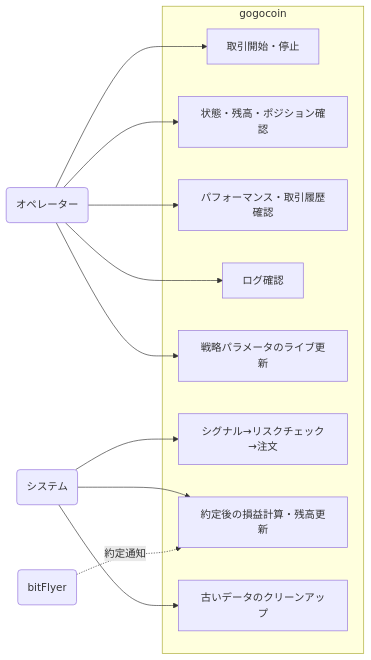
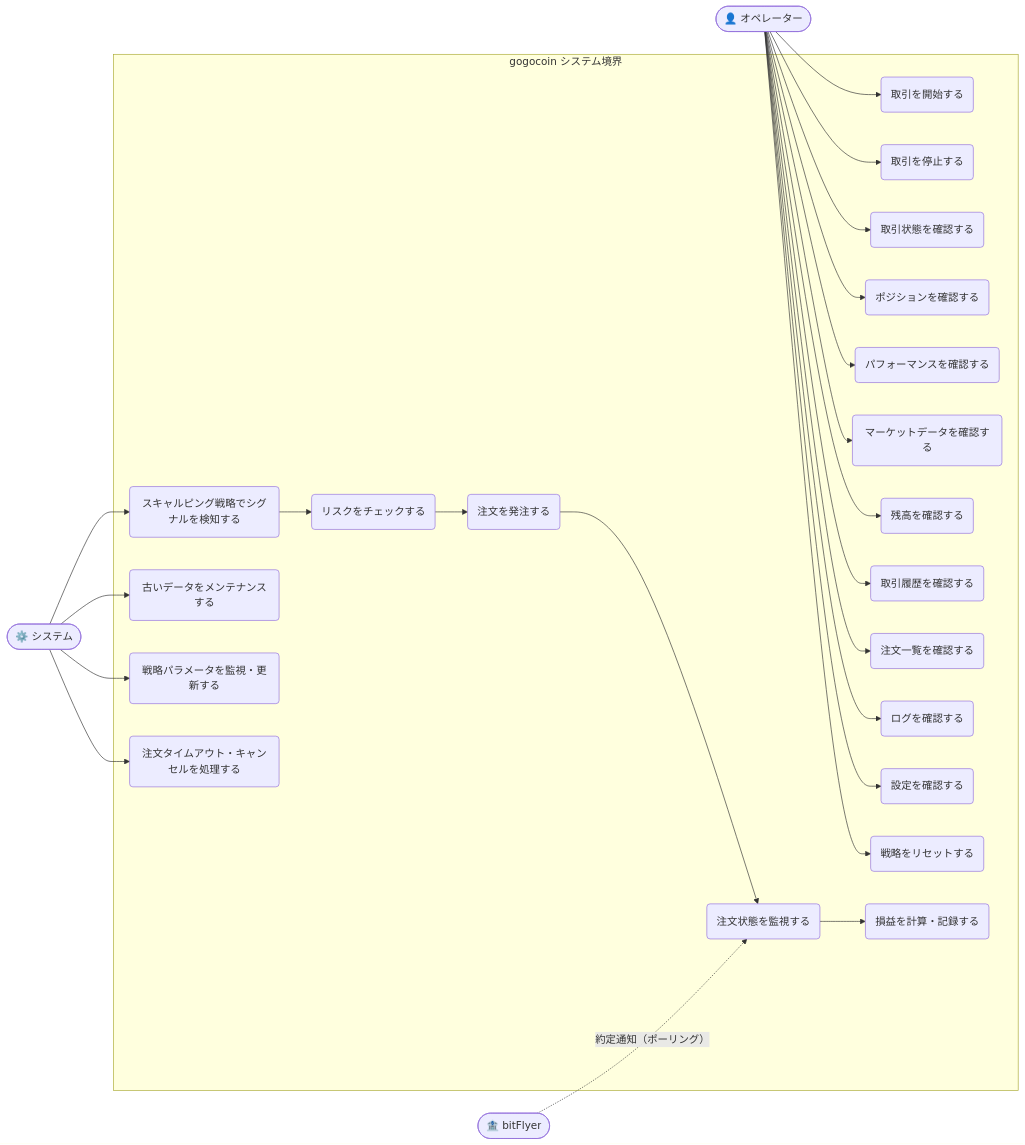
One commit to bmf-san/bmf-tech changed the fifth of 12 diagrams in content/ja/posts/introducing-gogocoin.md. Above: the diagram before and after it, drawn with Mermaid. The commit also changed other lines of this file and 1 other file, not shown here.

Commit message:
feat: C4図・完全ユースケース図・全シーケンス図・完全ER図を追加 (en+ja)

````diff
--- a/content/ja/posts/introducing-gogocoin.md
+++ b/content/ja/posts/introducing-gogocoin.md
@@ -107,27 +194,51 @@
 ```mermaid
 graph LR
-    OP(オペレーター)
-    SYS(システム)
-    BF(bitFlyer)
+    OP(["👤 オペレーター"])
+    BF(["🏦 bitFlyer"])
+    SYS(["⚙️ システム"])
 
-    subgraph gogocoin
-        UC1[取引開始・停止]
-        UC2[状態・残高・ポジション確認]
-        UC3[パフォーマンス・取引履歴確認]
-        UC4[ログ確認]
-        UC5[戦略パラメータのライブ更新]
-        UC6[シグナル→リスクチェック→注文]
-        UC7[約定後の損益計算・残高更新]
-        UC8[古いデータのクリーンアップ]
+    subgraph sys["gogocoin システム境界"]
+        UC1(取引を開始する)
+        UC2(取引を停止する)
+        UC3(取引状態を確認する)
+        UC4(ポジションを確認する)
+        UC5(パフォーマンスを確認する)
+        UC6(マーケットデータを確認する)
+        UC7(残高を確認する)
+        UC8(取引履歴を確認する)
+        UC9(注文一覧を確認する)
+        UC10(ログを確認する)
+        UC11(設定を確認する)
+        UC12(戦略をリセットする)
+        UC13(スキャルピング戦略でシグナルを検知する)
+        UC14(リスクをチェックする)
+        UC15(注文を発注する)
+        UC16(注文状態を監視する)
+        UC17(損益を計算・記録する)
+        UC18(古いデータをメンテナンスする)
+        UC19(戦略パラメータを監視・更新する)
+        UC20(注文タイムアウト・キャンセルを処理する)
     end
 
     OP --> UC1
     OP --> UC2
     OP --> UC3
     OP --> UC4
     OP --> UC5
-    SYS --> UC6
-    SYS --> UC7
-    SYS --> UC8
-    BF -.->|約定通知| UC7
+    OP --> UC6
+    OP --> UC7
+    OP --> UC8
+    OP --> UC9
+    OP --> UC10
+    OP --> UC11
+    OP --> UC12
+    UC13 --> UC14
+    UC14 --> UC15
+    UC15 --> UC16
+    UC16 --> UC17
+    BF -.->|"約定通知（ポーリング）"| UC16
+    SYS --> UC13
+    SYS --> UC18
+    SYS --> UC19
+    SYS --> UC20
 ```
````
